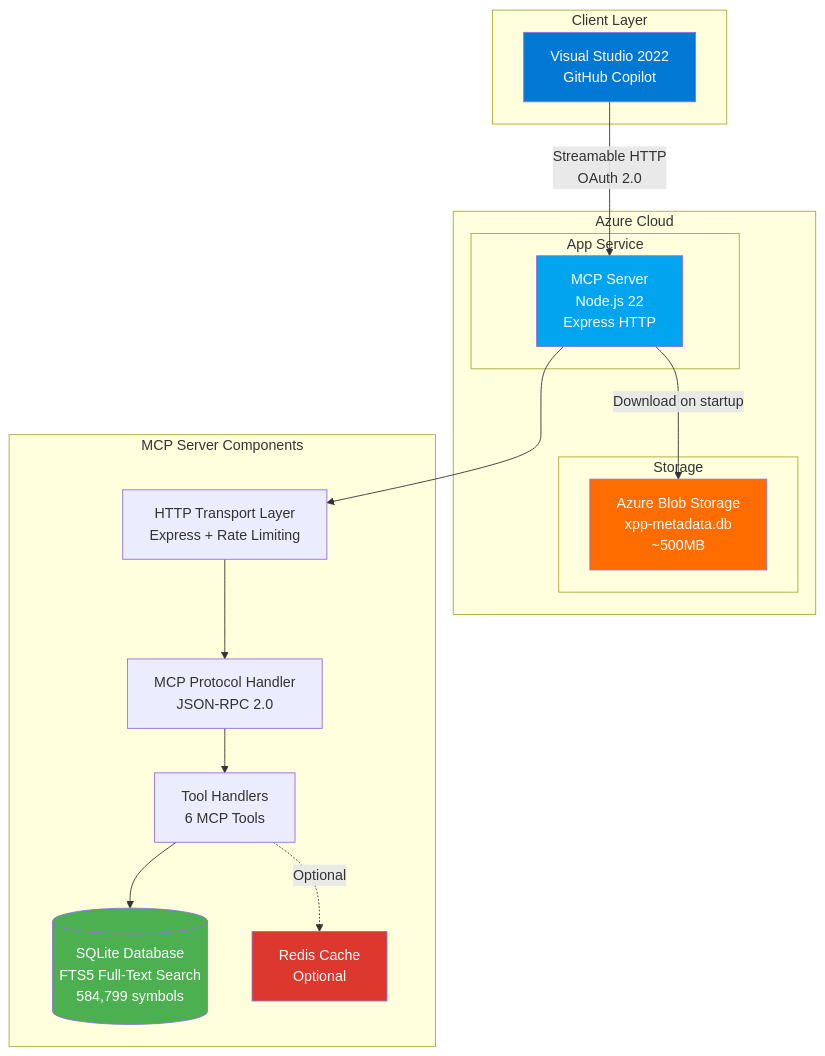
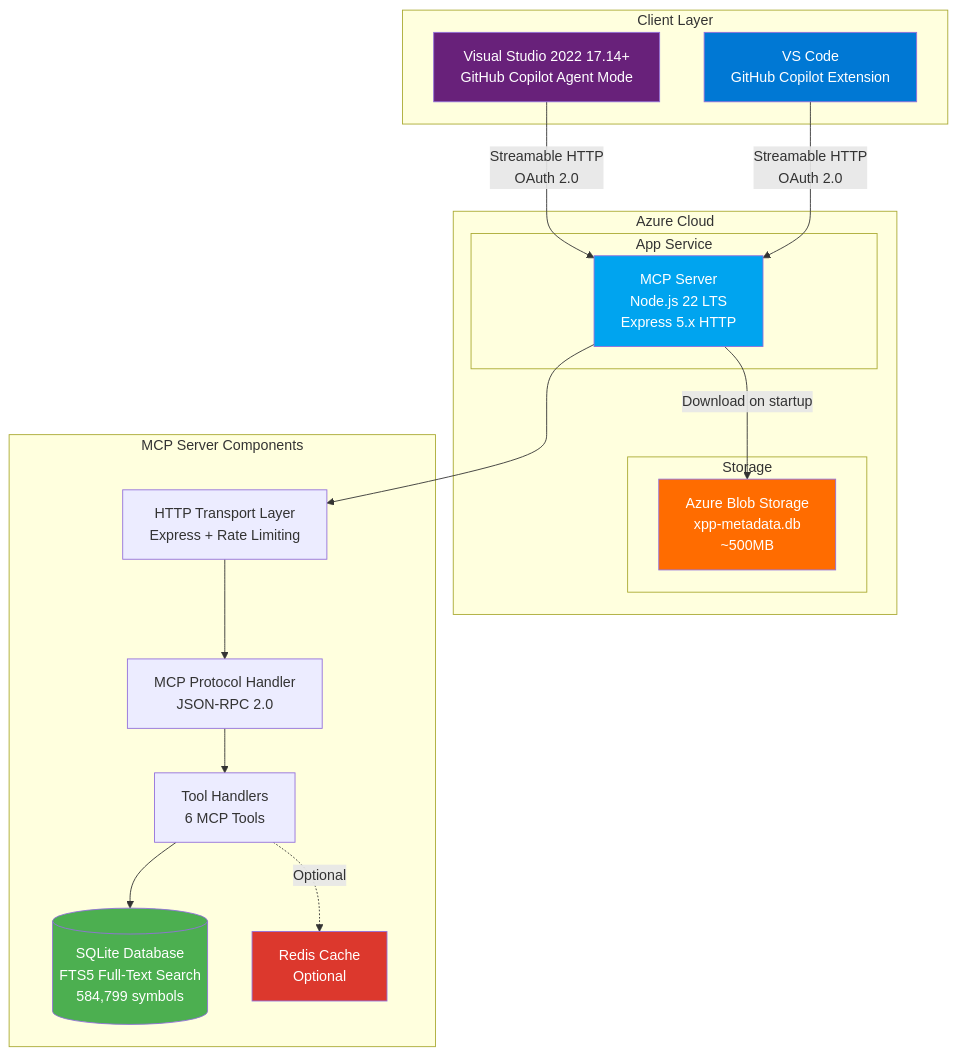
Before and after one commit to dynamics365ninja/d365fo-mcp-server: the first of 16 diagrams in docs/ARCHITECTURE.md, drawn with Mermaid. The commit also changed other lines of this file and 11 other files, not shown here.

````diff
--- a/docs/ARCHITECTURE.md
+++ b/docs/ARCHITECTURE.md
@@ -18,38 +18,41 @@
 ```mermaid
 graph TB
     subgraph "Client Layer"
-        VS[Visual Studio 2022<br/>GitHub Copilot]
+        VS[Visual Studio 2022 17.14+<br/>GitHub Copilot Agent Mode]
+        VSCODE[VS Code<br/>GitHub Copilot Extension]
     end
 
     subgraph "Azure Cloud"
         subgraph "App Service"
-            MCP[MCP Server<br/>Node.js 22<br/>Express HTTP]
+            MCP[MCP Server<br/>Node.js 22 LTS<br/>Express 5.x HTTP]
         end
         
         subgraph "Storage"
             BLOB[Azure Blob Storage<br/>xpp-metadata.db<br/>~500MB]
         end
     end
 
     subgraph "MCP Server Components"
         HTTP[HTTP Transport Layer<br/>Express + Rate Limiting]
         PROTO[MCP Protocol Handler<br/>JSON-RPC 2.0]
         TOOLS[Tool Handlers<br/>6 MCP Tools]
         DB[(SQLite Database<br/>FTS5 Full-Text Search<br/>584,799 symbols)]
         CACHE[Redis Cache<br/>Optional]
     end
 
     VS -->|"Streamable HTTP<br/>OAuth 2.0"| MCP
+    VSCODE -->|"Streamable HTTP<br/>OAuth 2.0"| MCP
     MCP -->|"Download on startup"| BLOB
     MCP --> HTTP
     HTTP --> PROTO
     PROTO --> TOOLS
     TOOLS --> DB
     TOOLS -.->|"Optional"| CACHE
     
-    style VS fill:#0078D4,color:#fff
+    style VS fill:#68217A,color:#fff
+    style VSCODE fill:#0078D4,color:#fff
     style MCP fill:#00A4EF,color:#fff
     style BLOB fill:#FF6C00,color:#fff
     style DB fill:#4CAF50,color:#fff
     style CACHE fill:#DC382D,color:#fff
 ```
````
